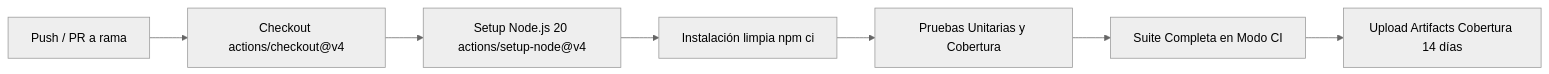
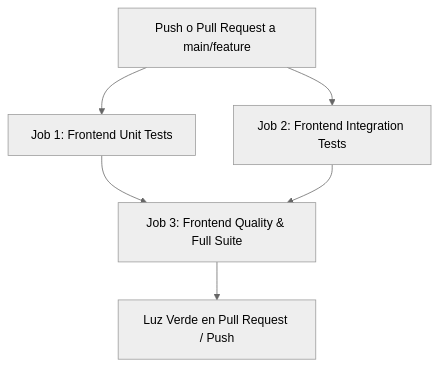
The diagram in docs/pruebas/EntregaQABryan.md (bryan433/F1FAN), drawn with Mermaid (neutral theme) before and after one commit. The commit also changed other lines of this file and 2 other files, not shown here.

Commit message:
feat(ci): modularizar pipeline en unit tests, integration tests y quality gate

````diff
--- a/docs/pruebas/EntregaQABryan.md
+++ b/docs/pruebas/EntregaQABryan.md
@@ -113,9 +113,8 @@
 ```mermaid
-flowchart LR
-    A[Push / PR a rama] --> B[Checkout actions/checkout@v4]
-    B --> C[Setup Node.js 20 actions/setup-node@v4]
-    C --> D[Instalación limpia npm ci]
-    D --> E[Pruebas Unitarias y Cobertura]
-    E --> F[Suite Completa en Modo CI]
-    F --> G[Upload Artifacts Cobertura 14 días]
+flowchart TD
+    A[Push o Pull Request a main/feature] --> B[Job 1: Frontend Unit Tests]
+    A --> C[Job 2: Frontend Integration Tests]
+    B --> D[Job 3: Frontend Quality & Full Suite]
+    C --> D
+    D --> E[Luz Verde en Pull Request / Push]
 ```
````
